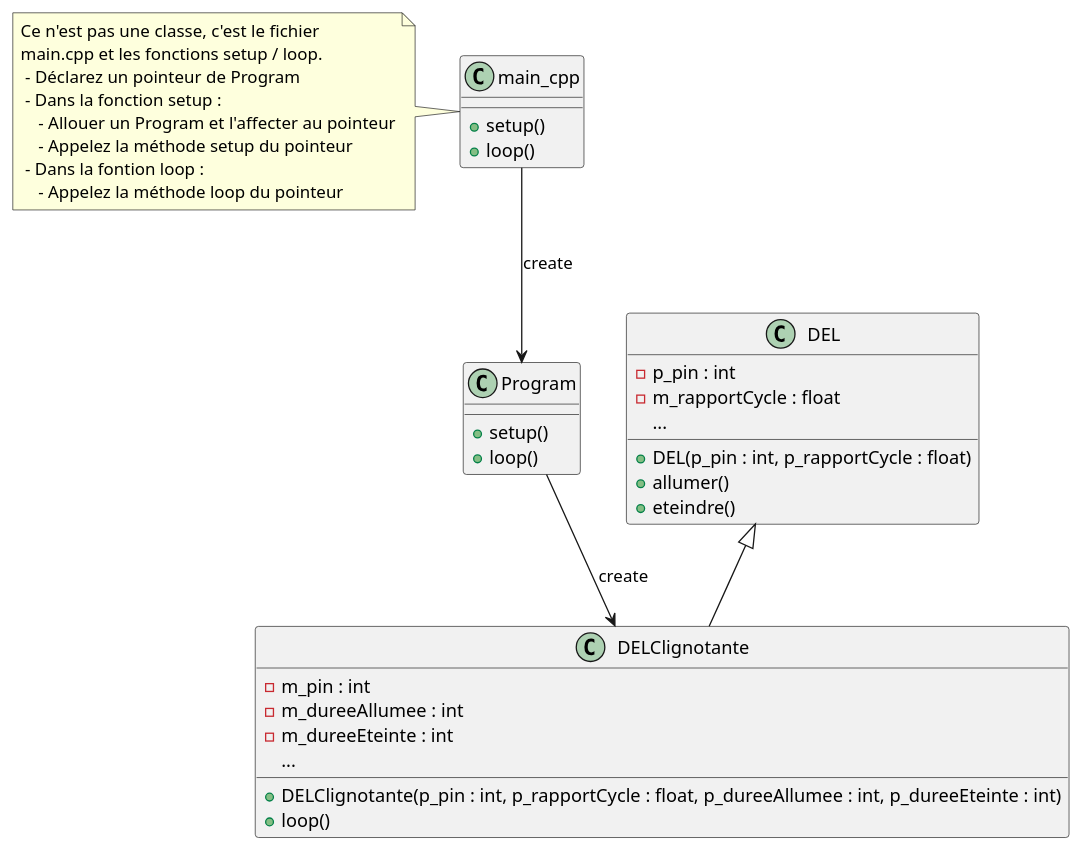
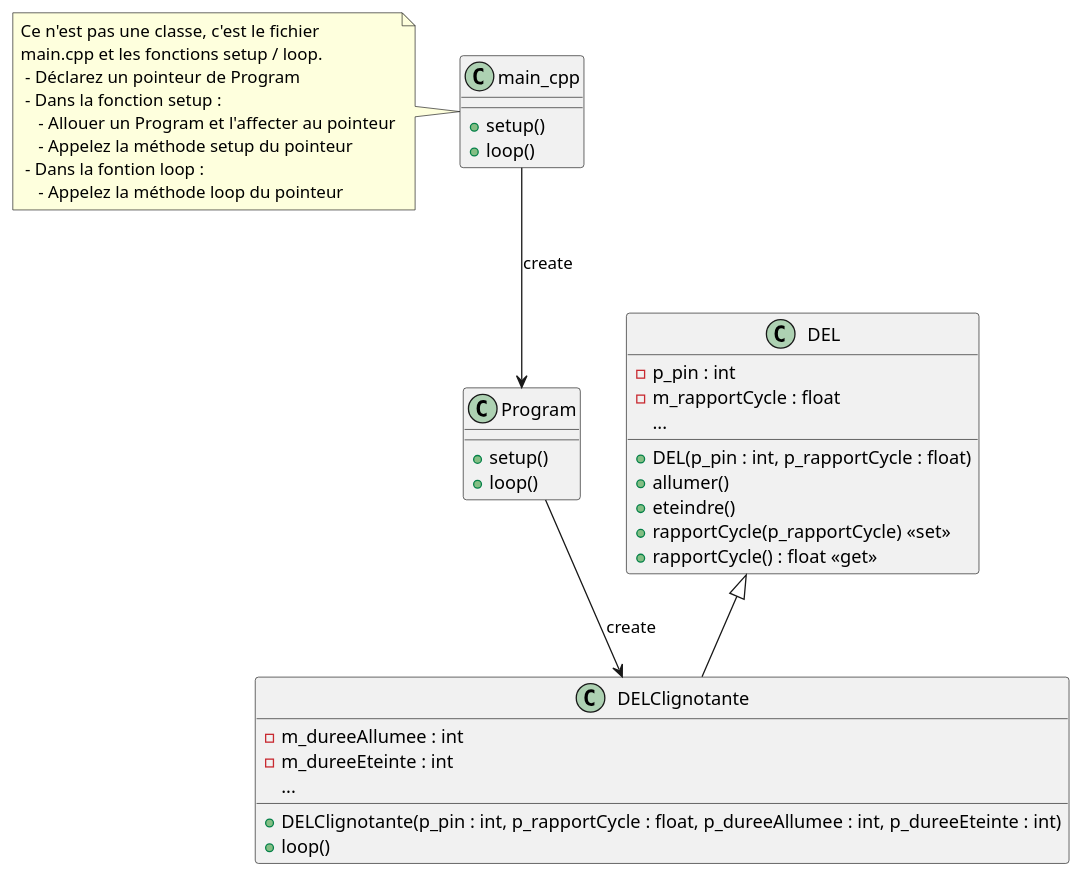
One commit to PiFou86/420-W48-SF changed the diagram in Module04_ProgrammationSorties/diag/DELClignotante.wsd. Above: the diagram before and after it, drawn with PlantUML. The commit also changed 1 other file, not shown here.

```diff
--- a/Module04_ProgrammationSorties/diag/DELClignotante.wsd
+++ b/Module04_ProgrammationSorties/diag/DELClignotante.wsd
@@ -1,47 +1,48 @@
 @startuml DELClignotante_diagclasses
 
 class "main_cpp" {
     + setup()
     + loop()
 }
 
 note left of main_cpp 
     Ce n'est pas une classe, c'est le fichier
     main.cpp et les fonctions setup / loop.
      - Déclarez un pointeur de Program
      - Dans la fonction setup : 
         - Allouer un Program et l'affecter au pointeur
         - Appelez la méthode setup du pointeur
      - Dans la fontion loop :
         - Appelez la méthode loop du pointeur
 end note
 
 class Program {
     + setup()
     + loop()
 }
 
 class DEL {
     - p_pin : int
     - m_rapportCycle : float
     ...
     + DEL(p_pin : int, p_rapportCycle : float)
     + allumer()
     + eteindre()
+    + rapportCycle(p_rapportCycle) << set >>
+    + rapportCycle() : float << get >>
 }
 
 class DELClignotante {
-    - m_pin : int
     - m_dureeAllumee : int
     - m_dureeEteinte : int
     ...
     + DELClignotante(p_pin : int, p_rapportCycle : float, p_dureeAllumee : int, p_dureeEteinte : int)
     + loop()
 }
 
 main_cpp --> Program : create
 Program --> DELClignotante : create
 
 DEL <|-- DELClignotante
 
 @enduml
```
